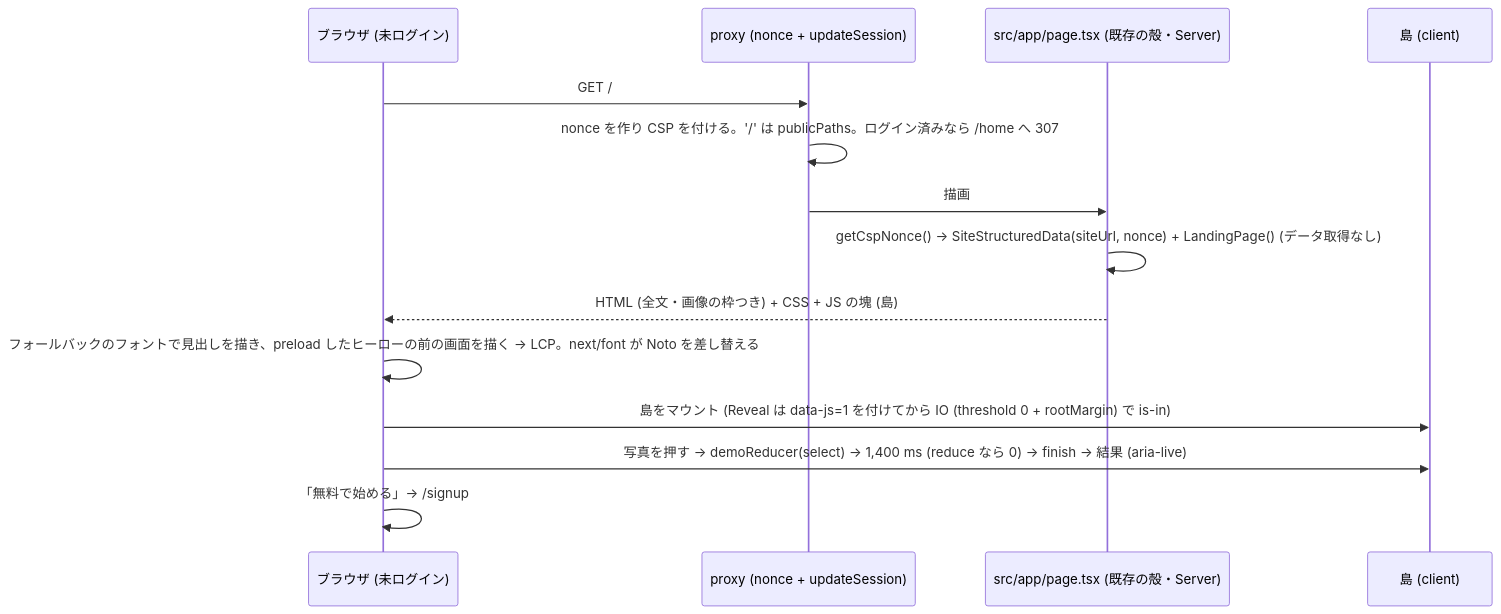
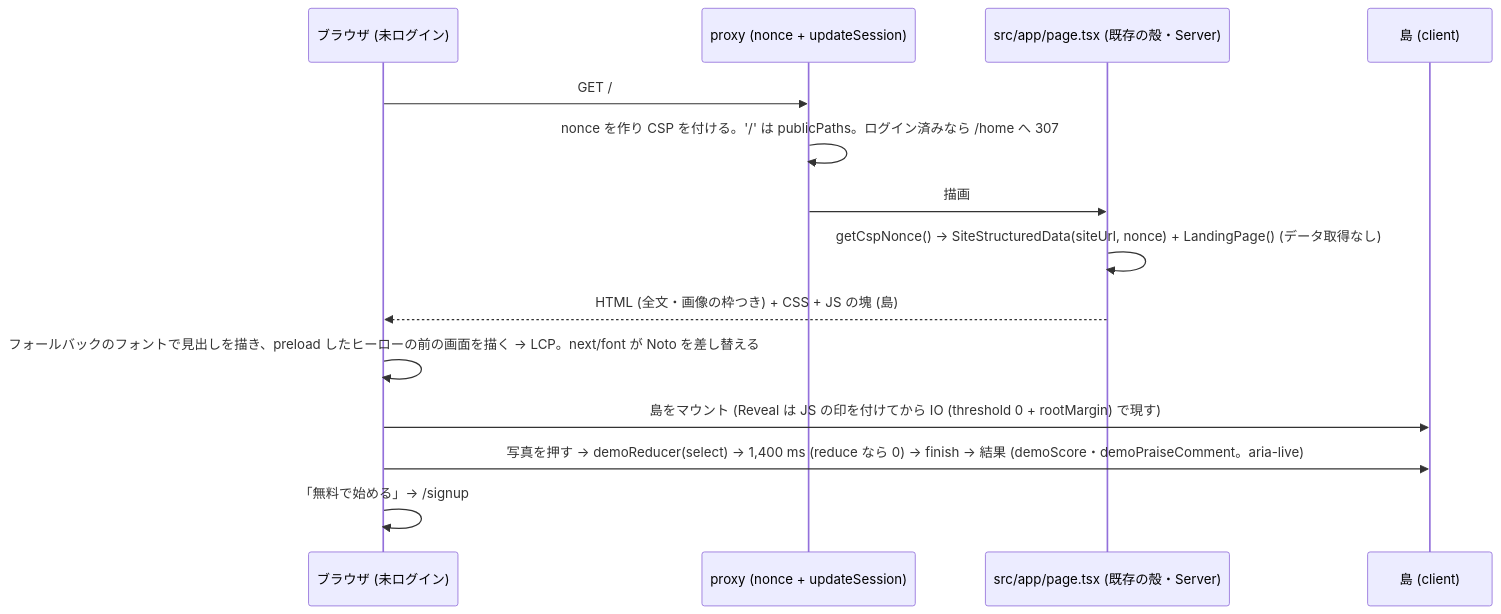
The diagram in docs/design/marketing/01-landing-site.md (DaisukeHori/homegohan-app), drawn with Mermaid before and after one commit. The commit also changed other lines of this file, not shown here.

````diff
--- a/docs/design/marketing/01-landing-site.md
+++ b/docs/design/marketing/01-landing-site.md
@@ -2382,17 +1709,17 @@
 ```mermaid
 sequenceDiagram
     participant B as ブラウザ (未ログイン)
     participant P as proxy (nonce + updateSession)
     participant S as src/app/page.tsx (既存の殻・Server)
     participant I as 島 (client)
 
     B->>P: GET /
     P->>P: nonce を作り CSP を付ける。'/' は publicPaths。ログイン済みなら /home へ 307
     P->>S: 描画
     S->>S: getCspNonce() → SiteStructuredData(siteUrl, nonce) + LandingPage() (データ取得なし)
     S-->>B: HTML (全文・画像の枠つき) + CSS + JS の塊 (島)
     B->>B: フォールバックのフォントで見出しを描き、preload したヒーローの前の画面を描く → LCP。next/font が Noto を差し替える
-    B->>I: 島をマウント (Reveal は data-js=1 を付けてから IO (threshold 0 + rootMargin) で is-in)
-    B->>I: 写真を押す → demoReducer(select) → 1,400 ms (reduce なら 0) → finish → 結果 (aria-live)
+    B->>I: 島をマウント (Reveal は JS の印を付けてから IO (threshold 0 + rootMargin) で現す)
+    B->>I: 写真を押す → demoReducer(select) → 1,400 ms (reduce なら 0) → finish → 結果 (demoScore・demoPraiseComment。aria-live)
     B->>B: 「無料で始める」→ /signup
 ```
````
